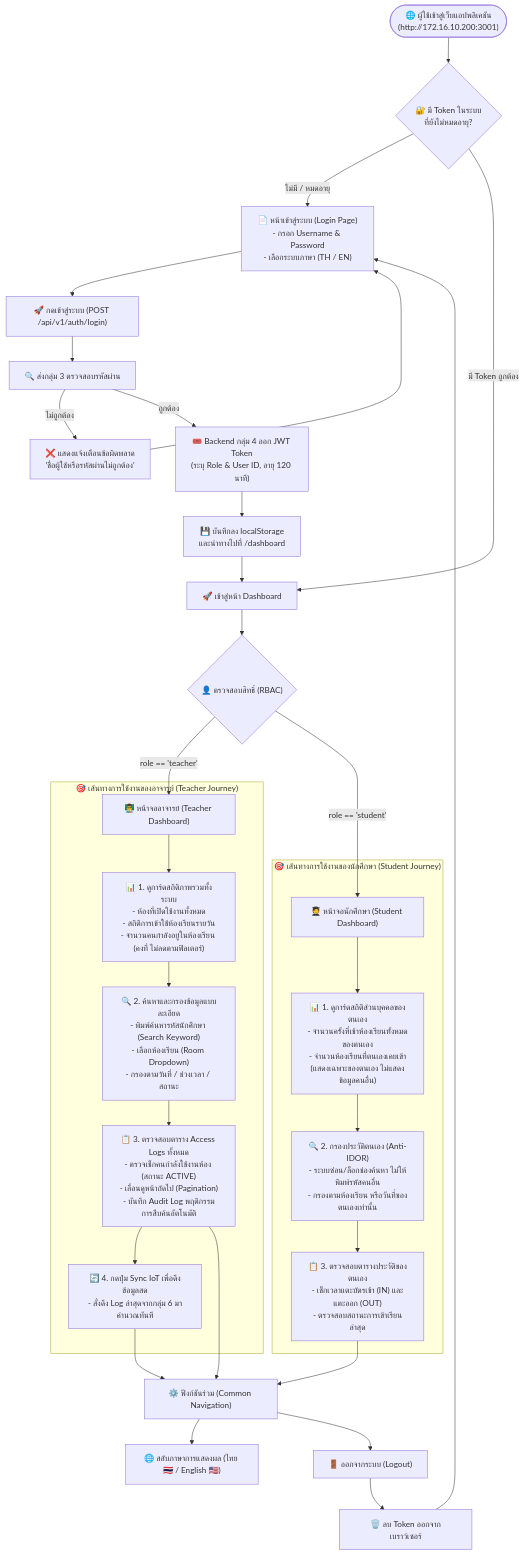
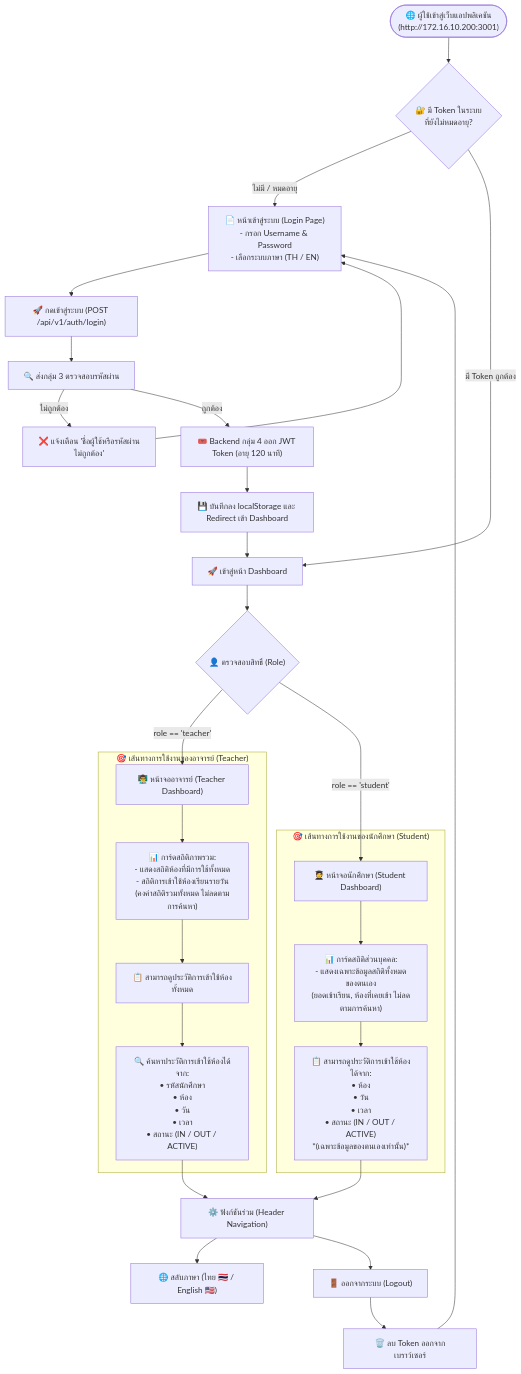
Before and after one commit to Kanaphat4539/Door-Authentication-System: the diagram in docs/USER_FLOW.md, drawn with Mermaid. The commit also changed other lines of this file and 1 other file, not shown here.

Commit message:
docs: refine teacher and student flow descriptions according to user specification

````diff
--- a/docs/USER_FLOW.md
+++ b/docs/USER_FLOW.md
@@ -19,49 +37,46 @@
 ```mermaid
 flowchart TD
     %% Start
     Start(["🌐 ผู้ใช้เข้าสู่เว็บแอปพลิเคชัน\n(http://172.16.10.200:3001)"]) --> CheckAuth{"🔐 มี Token ในระบบ\nที่ยังไม่หมดอายุ?"}
 
     %% Login Path
     CheckAuth -- ไม่มี / หมดอายุ --> LoginPage["📄 หน้าเข้าสู่ระบบ (Login Page)\n- กรอก Username & Password\n- เลือกระบบภาษา (TH / EN)"]
     LoginPage --> SubmitLogin["🚀 กดเข้าสู่ระบบ (POST /api/v1/auth/login)"]
     SubmitLogin --> VerifyG3["🔍 ส่งกลุ่ม 3 ตรวจสอบรหัสผ่าน"]
-    VerifyG3 -- ไม่ถูกต้อง --> LoginError["❌ แสดงแจ้งเตือนข้อผิดพลาด\n'ชื่อผู้ใช้หรือรหัสผ่านไม่ถูกต้อง'"]
+    VerifyG3 -- ไม่ถูกต้อง --> LoginError["❌ แจ้งเตือน 'ชื่อผู้ใช้หรือรหัสผ่านไม่ถูกต้อง'"]
     LoginError --> LoginPage
-    VerifyG3 -- ถูกต้อง --> IssueJWT["🎟️ Backend กลุ่ม 4 ออก JWT Token\n(ระบุ Role & User ID, อายุ 120 นาที)"]
-    IssueJWT --> SaveToken["💾 บันทึกลง localStorage\nและนำทางไปที่ /dashboard"]
+    VerifyG3 -- ถูกต้อง --> IssueJWT["🎟️ Backend กลุ่ม 4 ออก JWT Token (อายุ 120 นาที)"]
+    IssueJWT --> SaveToken["💾 บันทึกลง localStorage และ Redirect เข้า Dashboard"]
 
     %% Authenticated
     CheckAuth -- มี Token ถูกต้อง --> DirectDash["🚀 เข้าสู่หน้า Dashboard"]
     SaveToken --> DirectDash
 
-    DirectDash --> RoleSplit{"👤 ตรวจสอบสิทธิ์ (RBAC)"}
+    DirectDash --> RoleSplit{"👤 ตรวจสอบสิทธิ์ (Role)"}
 
     %% TEACHER FLOW
     RoleSplit -- role == 'teacher' --> TeacherDash["👨‍🏫 หน้าจออาจารย์ (Teacher Dashboard)"]
     
-    subgraph TeacherJourney ["🎯 เส้นทางการใช้งานของอาจารย์ (Teacher Journey)"]
-        TeacherDash --> T1["📊 1. ดูการ์ดสถิติภาพรวมทั้งระบบ\n- ห้องที่เปิดใช้งานทั้งหมด\n- สถิติการเข้าใช้ห้องเรียนรายวัน\n- จำนวนคนกำลังอยู่ในห้องเรียน (คงที่ ไม่ลดตามฟิลเตอร์)"]
-        T1 --> T2["🔍 2. ค้นหาและกรองข้อมูลแบบละเอียด\n- พิมพ์ค้นหารหัสนักศึกษา (Search Keyword)\n- เลือกห้องเรียน (Room Dropdown)\n- กรองตามวันที่ / ช่วงเวลา / สถานะ"]
-        T2 --> T3["📋 3. ตรวจสอบตาราง Access Logs ทั้งหมด\n- ตรวจเช็กคนกำลังใช้งานห้อง (สถานะ ACTIVE)\n- เลื่อนดูหน้าถัดไป (Pagination)\n- บันทึก Audit Log พฤติกรรมการสืบค้นอัตโนมัติ"]
-        T3 --> T4["🔄 4. กดปุ่ม Sync IoT เพื่อดึงข้อมูลสด\n- สั่งดึง Log ล่าสุดจากกลุ่ม 6 มาคำนวณทันที"]
+    subgraph TeacherJourney ["🎯 เส้นทางการใช้งานของอาจารย์ (Teacher)"]
+        TeacherDash --> T1["📊 การ์ดสถิติภาพรวม:\n- แสดงสถิติห้องที่มีการใช้ทั้งหมด\n- สถิติการเข้าใช้ห้องเรียนรายวัน\n(คงค่าสถิติรวมทั้งหมด ไม่ลดตามการค้นหา)"]
+        T1 --> T2["📋 สามารถดูประวัติการเข้าใช้ห้องทั้งหมด"]
+        T2 --> T3["🔍 ค้นหาประวัติการเข้าใช้ห้องได้จาก:\n• รหัสนักศึกษา\n• ห้อง\n• วัน\n• เวลา\n• สถานะ (IN / OUT / ACTIVE)"]
     end
 
     %% STUDENT FLOW
     RoleSplit -- role == 'student' --> StudentDash["🧑‍🎓 หน้าจอนักศึกษา (Student Dashboard)"]
 
-    subgraph StudentJourney ["🎯 เส้นทางการใช้งานของนักศึกษา (Student Journey)"]
-        StudentDash --> S1["📊 1. ดูการ์ดสถิติส่วนบุคคลของตนเอง\n- จำนวนครั้งที่เข้าห้องเรียนทั้งหมดของตนเอง\n- จำนวนห้องเรียนที่ตนเองเคยเข้า\n(แสดงเฉพาะของตนเอง ไม่แสดงข้อมูลคนอื่น)"]
-        S1 --> S2["🔍 2. กรองประวัติตนเอง (Anti-IDOR)\n- ระบบซ่อน/ล็อกช่องค้นหา ไม่ให้พิมพ์รหัสคนอื่น\n- กรองตามห้องเรียน หรือวันที่ของตนเองเท่านั้น"]
-        S2 --> S3["📋 3. ตรวจสอบตารางประวัติของตนเอง\n- เช็กเวลาแตะบัตรเข้า (IN) และแตะออก (OUT)\n- ตรวจสอบสถานะการเข้าเรียนล่าสุด"]
+    subgraph StudentJourney ["🎯 เส้นทางการใช้งานของนักศึกษา (Student)"]
+        StudentDash --> S1["📊 การ์ดสถิติส่วนบุคคล:\n- แสดงเฉพาะข้อมูลสถิติทั้งหมดของตนเอง\n(ยอดเข้าเรียน, ห้องที่เคยเข้า ไม่ลดตามการค้นหา)"]
+        S1 --> S2["📋 สามารถดูประวัติการเข้าใช้ห้องได้จาก:\n• ห้อง\n• วัน\n• เวลา\n• สถานะ (IN / OUT / ACTIVE)\n*(เฉพาะข้อมูลของตนเองเท่านั้น)*"]
     end
 
     %% Common Actions
-    T4 --> CommonNav["⚙️ ฟังก์ชันร่วม (Common Navigation)"]
-    T3 --> CommonNav
-    S3 --> CommonNav
+    T3 --> CommonNav["⚙️ ฟังก์ชันร่วม (Header Navigation)"]
+    S2 --> CommonNav
 
-    CommonNav --> LangToggle["🌐 สลับภาษาการแสดงผล (ไทย 🇹🇭 / English 🇺🇸)"]
+    CommonNav --> LangToggle["🌐 สลับภาษา (ไทย 🇹🇭 / English 🇺🇸)"]
     CommonNav --> LogoutAction["🚪 ออกจากระบบ (Logout)"]
     LogoutAction --> ClearSession["🗑️ ลบ Token ออกจากเบราว์เซอร์"]
     ClearSession --> LoginPage
 ```
````
